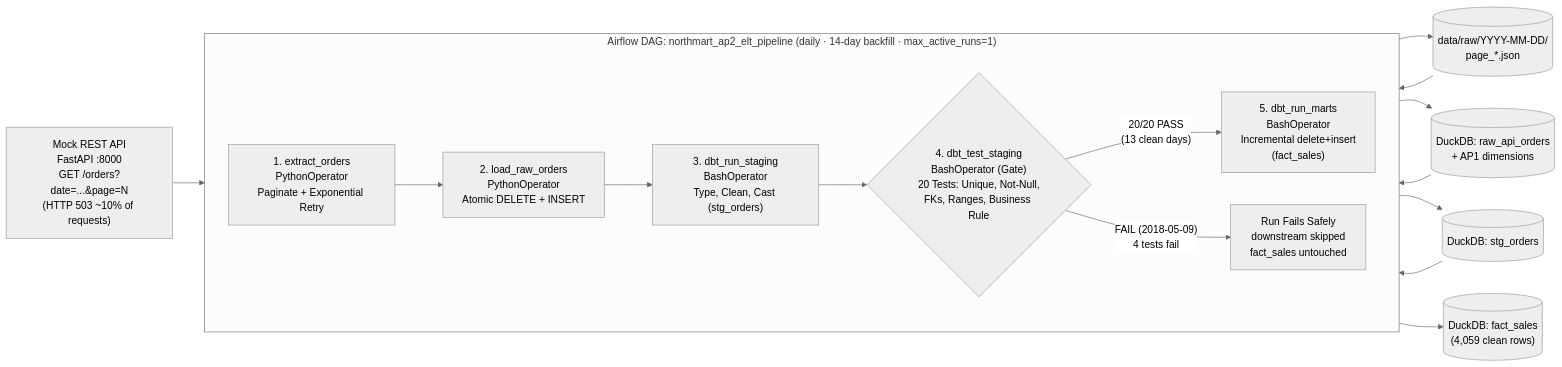
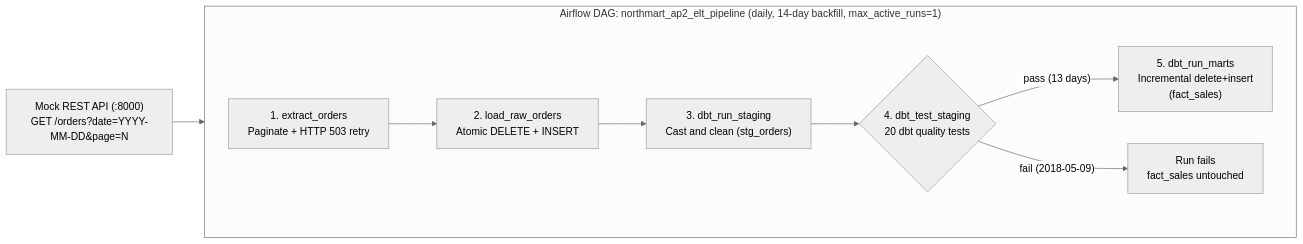
One commit to horus018/data-engineering-assessments changed the diagram in AP2/architecture/pipeline_ap2.mmd. Above: the diagram before and after it, drawn with Mermaid (neutral theme). The commit also changed other lines of this file and 17 other files, not shown here.

Commit message:
docs(ap2): update Airflow UI screenshot, white-background diagrams, and clean formatting

```diff
--- a/AP2/architecture/pipeline_ap2.mmd
+++ b/AP2/architecture/pipeline_ap2.mmd
@@ -1,30 +1,18 @@
 flowchart LR
-    API["Mock REST API<br/>FastAPI :8000<br/>GET /orders?date=...&page=N<br/>(HTTP 503 ~10% of requests)"]
+    API["Mock REST API (:8000)<br/>GET /orders?date=YYYY-MM-DD&page=N"]
 
-    subgraph DAG["Airflow DAG: northmart_ap2_elt_pipeline (daily · 14-day backfill · max_active_runs=1)"]
+    subgraph DAG["Airflow DAG: northmart_ap2_elt_pipeline (daily, 14-day backfill, max_active_runs=1)"]
         direction LR
-        T1["1. extract_orders<br/>PythonOperator<br/>Paginate + Exponential Retry"]
-        T2["2. load_raw_orders<br/>PythonOperator<br/>Atomic DELETE + INSERT"]
-        T3["3. dbt_run_staging<br/>BashOperator<br/>Type, Clean, Cast (stg_orders)"]
-        T4{"4. dbt_test_staging<br/>BashOperator (Gate)<br/>20 Tests: Unique, Not-Null,<br/>FKs, Ranges, Business Rule"}
-        T5["5. dbt_run_marts<br/>BashOperator<br/>Incremental delete+insert<br/>(fact_sales)"]
-        FAIL["Run Fails Safely<br/>downstream skipped<br/>fact_sales untouched"]
+        T1["1. extract_orders<br/>Paginate + HTTP 503 retry"]
+        T2["2. load_raw_orders<br/>Atomic DELETE + INSERT"]
+        T3["3. dbt_run_staging<br/>Cast and clean (stg_orders)"]
+        T4{"4. dbt_test_staging<br/>20 dbt quality tests"}
+        T5["5. dbt_run_marts<br/>Incremental delete+insert<br/>(fact_sales)"]
+        FAIL["Run fails<br/>fact_sales untouched"]
 
         T1 --> T2 --> T3 --> T4
-        T4 -- "20/20 PASS<br/>(13 clean days)" --> T5
-        T4 -- "FAIL (2018-05-09)<br/>4 tests fail" --> FAIL
+        T4 -- "pass (13 days)" --> T5
+        T4 -- "fail (2018-05-09)" --> FAIL
     end
 
-    RAW[("data/raw/YYYY-MM-DD/<br/>page_*.json")]
-    DUCKRAW[("DuckDB: raw_api_orders<br/>+ AP1 dimensions")]
-    STG[("DuckDB: stg_orders")]
-    MARTS[("DuckDB: fact_sales<br/>(4,059 clean rows)")]
-
     API --> T1
-    T1 --> RAW
-    RAW --> T2
-    T2 --> DUCKRAW
-    DUCKRAW --> T3
-    T3 --> STG
-    STG --> T4
-    T5 --> MARTS
```
